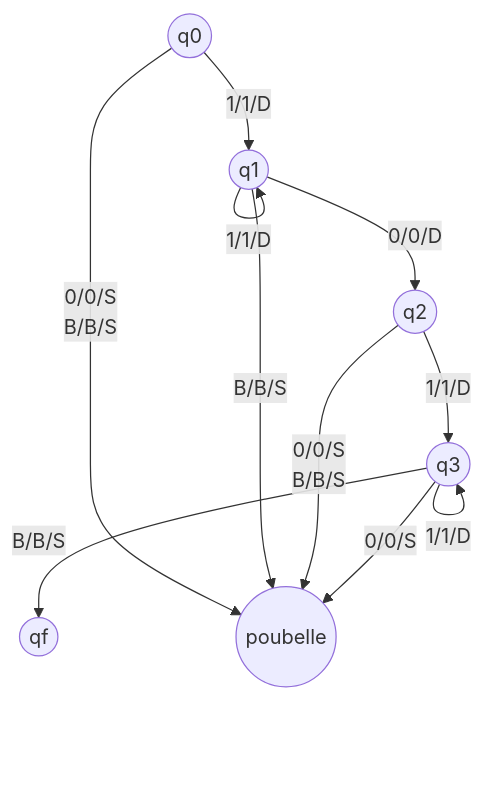
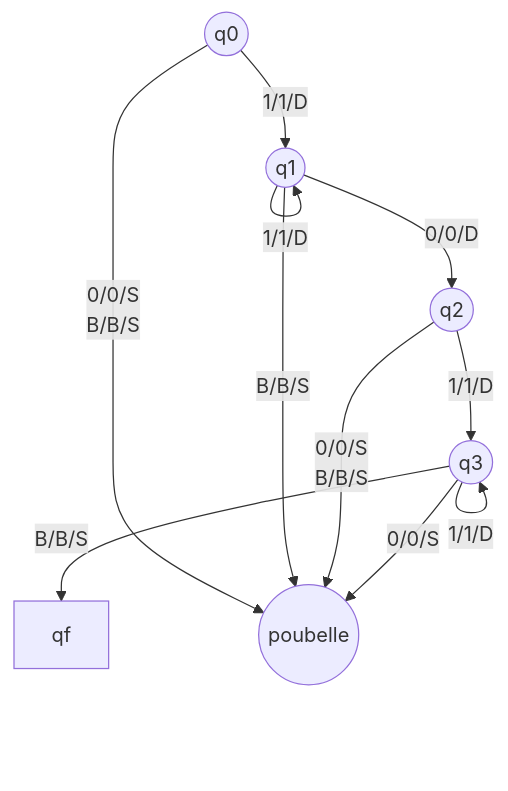
The first of 8 diagrams in TDs/TD2/TD2.md (FlorianLatapie/PNS-SI4-S7_Algorithmique), drawn with Mermaid before and after one commit. The commit also changed other lines of this file, not shown here.

````diff
--- a/TDs/TD2/TD2.md
+++ b/TDs/TD2/TD2.md
@@ -10,15 +10,16 @@
 ```mermaid
 graph TB
-    q0((q0)) --> | 1/1/D | q1((q1))
-    q1((q1)) --> | 1/1/D | q1((q1))
-    q1((q1)) --> | 0/0/D | q2((q2))
-    q2((q2)) --> | 1/1/D | q3((q3))
-    q3((q3)) --> | 1/1/D | q3((q3))
-    q3((q3)) --> | B/B/S | qf((qf))
+    q0((q0)) --> | 1/1/D | q1
+    q1((q1)) --> | 1/1/D | q1
+    q1((q1)) --> | 0/0/D | q2
+    q2((q2)) --> | 1/1/D | q3
+    q3((q3)) --> | 1/1/D | q3
+    q3((q3)) --> | B/B/S | qf
 
     %% etat poubelle
-    q0((q0)) --> | 0/0/S<br/>B/B/S | poubelle((poubelle))
-    q1((q1)) --> | B/B/S | poubelle((poubelle))
-    q2((q2)) --> | 0/0/S<br/>B/B/S | poubelle((poubelle))
-    q3((q3)) --> | 0/0/S | poubelle((poubelle))
+    poubelle((poubelle))
+    q0((q0)) --> | 0/0/S<br/>B/B/S | poubelle
+    q1((q1)) --> | B/B/S | poubelle
+    q2((q2)) --> | 0/0/S<br/>B/B/S | poubelle
+    q3((q3)) --> | 0/0/S | poubelle
 ```
````
